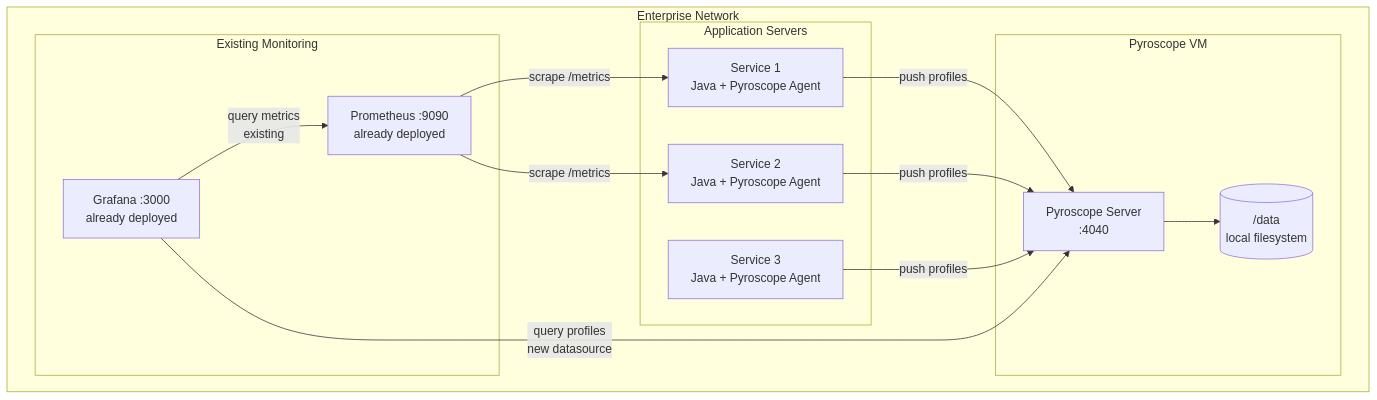
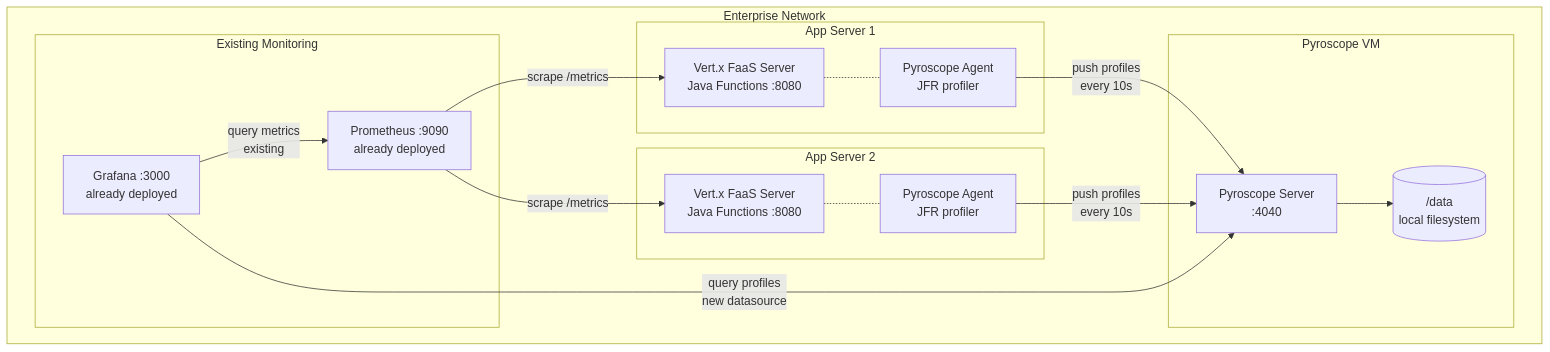
Before and after one commit to aff0gat000/pyroscope: the sixth of 8 diagrams in docs/continuous-profiling-rfc.md, drawn with Mermaid. The commit also changed other lines of this file and 2 other files, not shown here.

Commit message:
Update architecture diagrams to show Vert.x FaaS Server with Pyroscope agent
Replace generic JVM Service labels with Vert.x FaaS Server and
Pyroscope Agent as co-located in-process components. Diagrams now
show the agent attached via -javaagent inside each JVM, pushing
profiles every 10s to the Pyroscope server.

````diff
--- a/docs/continuous-profiling-rfc.md
+++ b/docs/continuous-profiling-rfc.md
@@ -364,30 +369,35 @@
 ```mermaid
 graph TB
     subgraph Enterprise Network
-        subgraph Application Servers
-            S1[Service 1<br/>Java + Pyroscope Agent]
-            S2[Service 2<br/>Java + Pyroscope Agent]
-            S3[Service 3<br/>Java + Pyroscope Agent]
+        subgraph App Server 1
+            V1[Vert.x FaaS Server<br/>Java Functions :8080]
+            A1[Pyroscope Agent<br/>JFR profiler]
+            V1 -.- A1
+        end
+
+        subgraph App Server 2
+            V2[Vert.x FaaS Server<br/>Java Functions :8080]
+            A2[Pyroscope Agent<br/>JFR profiler]
+            V2 -.- A2
         end
 
         subgraph Pyroscope VM
             PY[Pyroscope Server<br/>:4040]
             FS[("/data<br/>local filesystem")]
             PY --> FS
         end
 
         subgraph Existing Monitoring
             GF[Grafana :3000<br/>already deployed]
             PR[Prometheus :9090<br/>already deployed]
         end
     end
 
-    S1 -->|push profiles| PY
-    S2 -->|push profiles| PY
-    S3 -->|push profiles| PY
+    A1 -->|push profiles<br/>every 10s| PY
+    A2 -->|push profiles<br/>every 10s| PY
 
     GF -->|query profiles<br/>new datasource| PY
     GF -->|query metrics<br/>existing| PR
-    PR -->|scrape /metrics| S1
-    PR -->|scrape /metrics| S2
+    PR -->|scrape /metrics| V1
+    PR -->|scrape /metrics| V2
 ```
````
